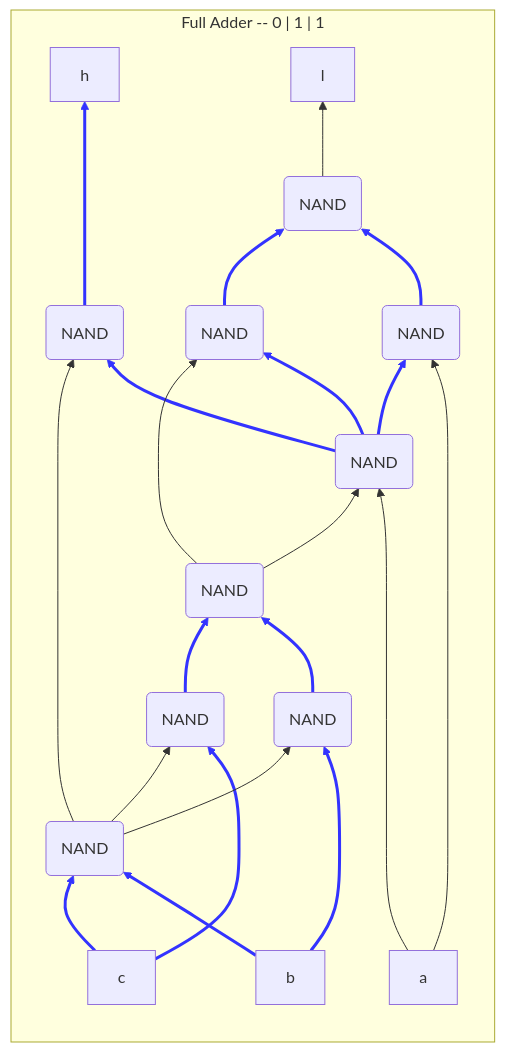
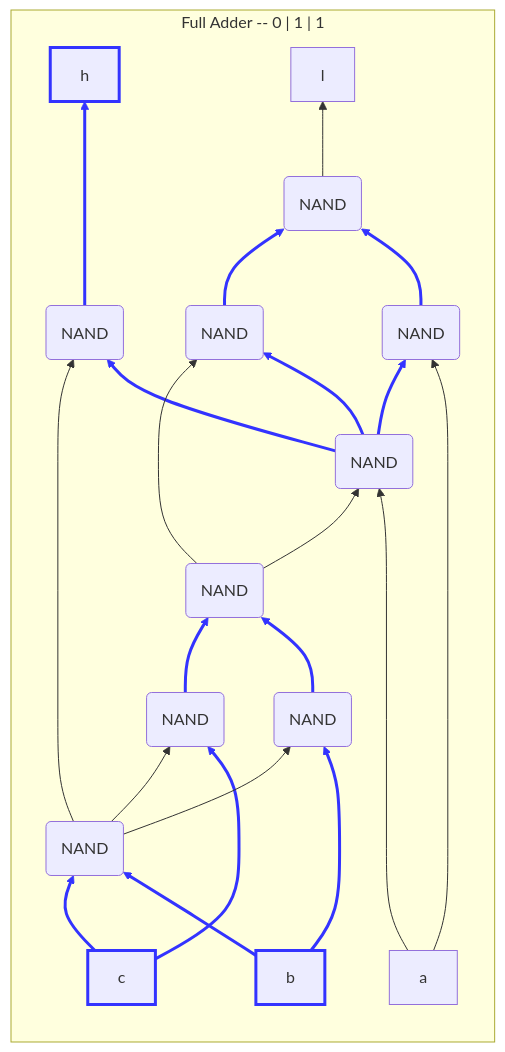
Before and after one commit to DaveyJH/nandgame: the sixth of 8 diagrams in arithmetic/full-adder.md, drawn with Mermaid. The commit also changed other lines of this file, not shown here.

````diff
--- a/arithmetic/full-adder.md
+++ b/arithmetic/full-adder.md
@@ -152,31 +156,32 @@
 ```mermaid
 flowchart BT
 subgraph "Full Adder -- 0 | 1 | 1"
 direction BT
 
 a[a]----->n1(NAND) & n2(NAND);
-b[b]-->n3(NAND) & n4(NAND);
-c[c]-->n4 & n5(NAND);
+b[b]:::ON-->n3(NAND) & n4(NAND);
+c[c]:::ON-->n4 & n5(NAND);
 n1-->n2 & n6(NAND) & n8(NAND);
 n2-->n9(NAND);
 n3-->n7(NAND);
 n4-->n3 & n6 & n5;
 n5-->n7;
-n6--->h[h];
+n6--->h[h]:::ON;
 n7-->n8 & n1;
 n8-->n9;
 n9-->l[l];
+classDef ON stroke:#33f,stroke-width:3px;
 linkStyle 2 stroke:#33f,stroke-width:3px;
 linkStyle 3 stroke:#33f,stroke-width:3px;
 linkStyle 4 stroke:#33f,stroke-width:3px;
 linkStyle 5 stroke:#33f,stroke-width:3px;
 linkStyle 6 stroke:#33f,stroke-width:3px;
 linkStyle 7 stroke:#33f,stroke-width:3px;
 linkStyle 8 stroke:#33f,stroke-width:3px;
 linkStyle 9 stroke:#33f,stroke-width:3px;
 linkStyle 10 stroke:#33f,stroke-width:3px;
 linkStyle 14 stroke:#33f,stroke-width:3px;
 linkStyle 15 stroke:#33f,stroke-width:3px;
 linkStyle 18 stroke:#33f,stroke-width:3px;
 end
 ```
````
